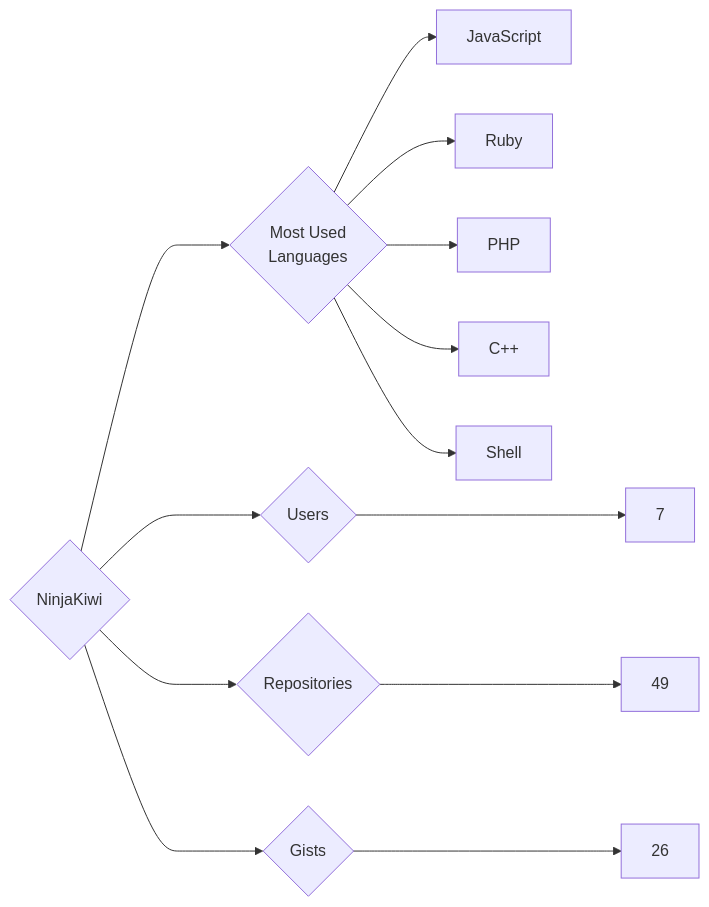
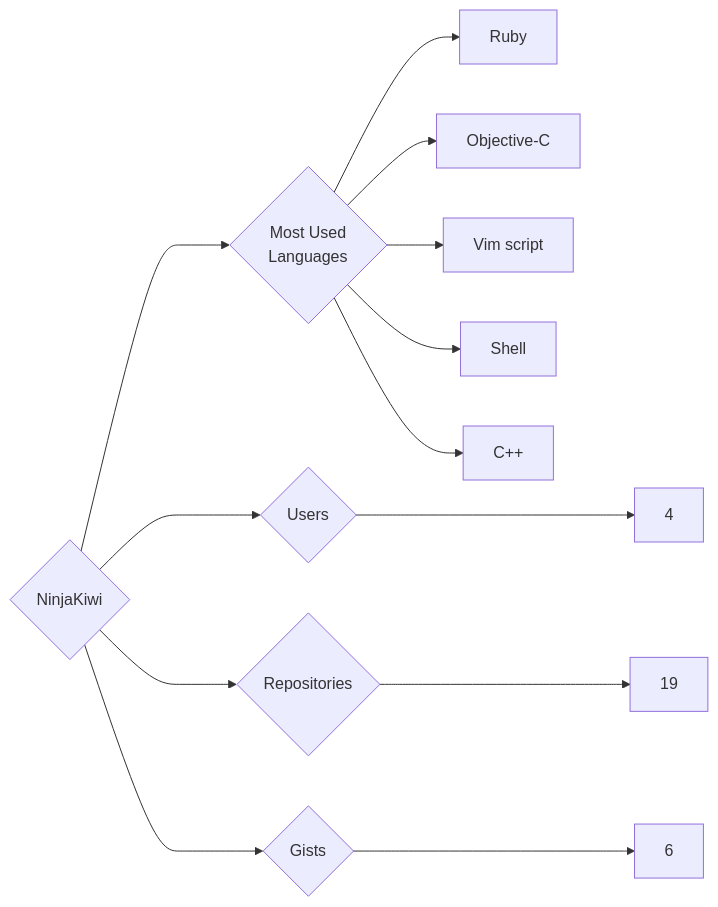
The diagram in targets/NinjaKiwi/README.md (trickest/insiders), drawn with Mermaid before and after one commit. The commit also changed 920 other files, not shown here.

````diff
--- a/targets/NinjaKiwi/README.md
+++ b/targets/NinjaKiwi/README.md
@@ -3,13 +3,13 @@
 ```mermaid
 graph LR
 COMPANY_NAME{NinjaKiwi}
-COMPANY_NAME ---> U{Users} ---> UN[7]
-COMPANY_NAME ---> R{Repositories} ---> RN[49]
-COMPANY_NAME ---> G{Gists} ---> GN[26]
+COMPANY_NAME ---> U{Users} ---> UN[4]
+COMPANY_NAME ---> R{Repositories} ---> RN[19]
+COMPANY_NAME ---> G{Gists} ---> GN[6]
 COMPANY_NAME ---> ML{Most Used<br>Languages}
-ML --> JavaScript[JavaScript]
 ML --> Ruby[Ruby]
-ML --> PHP[PHP]
+ML --> Objective-C[Objective-C]
+ML --> Vim_script[Vim script]
+ML --> Shell[Shell]
 ML --> C++[C++]
-ML --> Shell[Shell]
 ```
````
